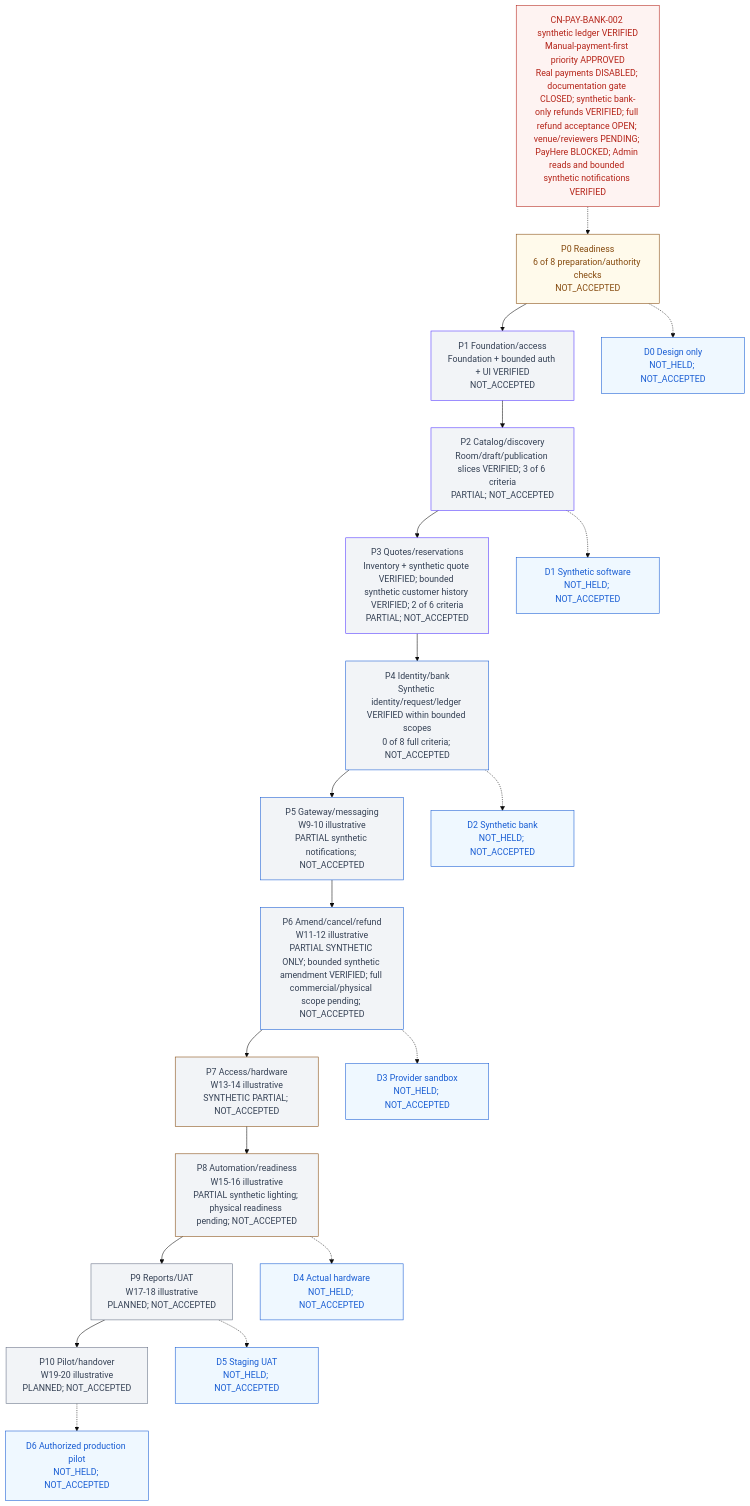
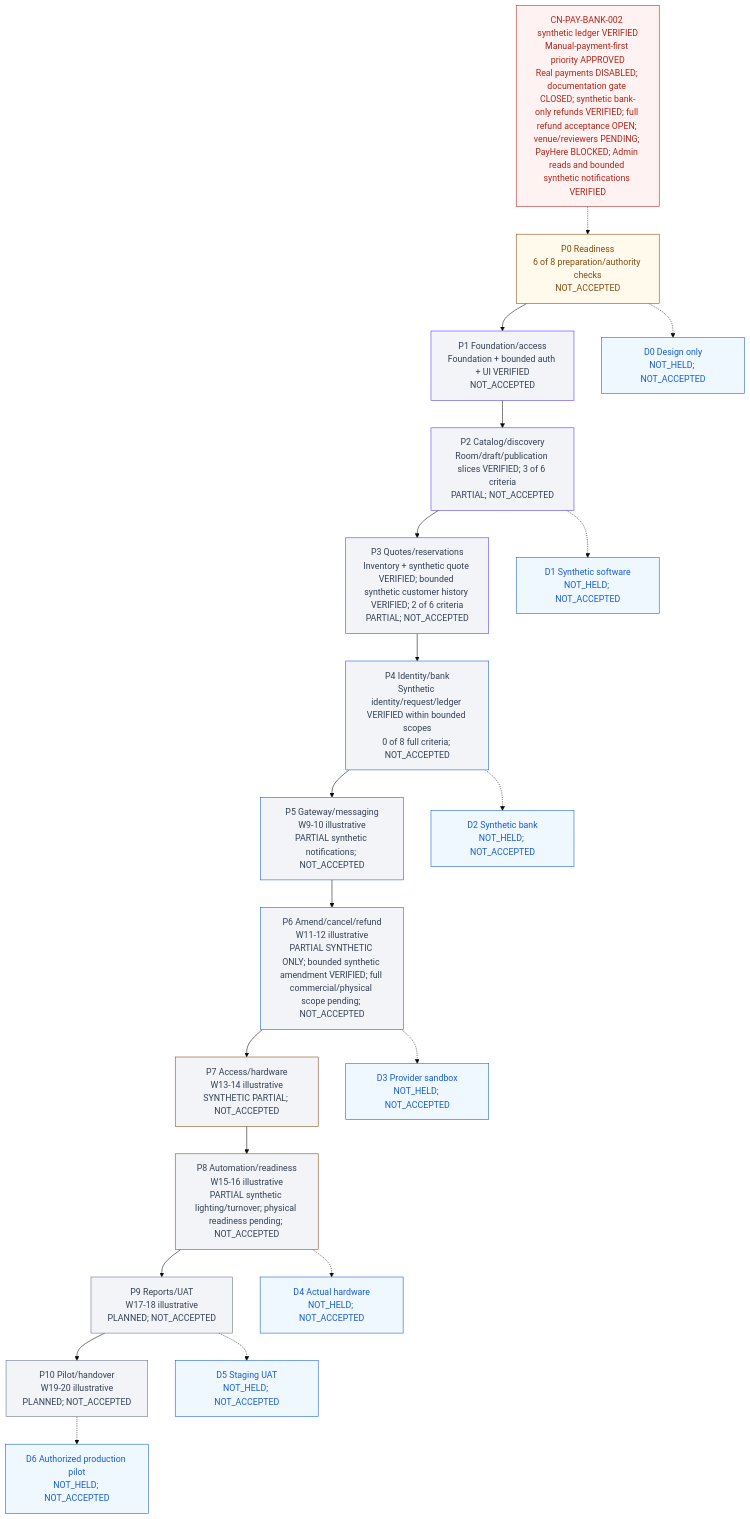
The diagram in knowledge/PROGRESS.md (Hasitha3513/Theater-Project), drawn with Mermaid (base theme) before and after one commit. The commit also changed other lines of this file and 32 other files, not shown here.

Commit message:
feat(rooms): add bounded synthetic turnover workflow

````diff
--- a/knowledge/PROGRESS.md
+++ b/knowledge/PROGRESS.md
@@ -313,45 +313,45 @@
 ```mermaid
 flowchart TB
   G["CN-PAY-BANK-002 synthetic ledger VERIFIED<br/>Manual-payment-first priority APPROVED<br/>Real payments DISABLED; documentation gate CLOSED; synthetic bank-only refunds VERIFIED; full refund acceptance OPEN; venue/reviewers PENDING; PayHere BLOCKED; Admin reads and bounded synthetic notifications VERIFIED"]
   P0["P0 Readiness<br/>6 of 8 preparation/authority checks<br/>NOT_ACCEPTED"]
   P1["P1 Foundation/access<br/>Foundation + bounded auth + UI VERIFIED<br/>NOT_ACCEPTED"]
   P2["P2 Catalog/discovery<br/>Room/draft/publication slices VERIFIED; 3 of 6 criteria<br/>PARTIAL; NOT_ACCEPTED"]
   P3["P3 Quotes/reservations<br/>Inventory + synthetic quote VERIFIED; bounded synthetic customer history VERIFIED; 2 of 6 criteria<br/>PARTIAL; NOT_ACCEPTED"]
   P4["P4 Identity/bank<br/>Synthetic identity/request/ledger VERIFIED within bounded scopes<br/>0 of 8 full criteria; NOT_ACCEPTED"]
   P5["P5 Gateway/messaging<br/>W9-10 illustrative<br/>PARTIAL synthetic notifications; NOT_ACCEPTED"]
   P6["P6 Amend/cancel/refund<br/>W11-12 illustrative<br/>PARTIAL SYNTHETIC ONLY; bounded synthetic amendment VERIFIED; full commercial/physical scope pending; NOT_ACCEPTED"]
   P7["P7 Access/hardware<br/>W13-14 illustrative<br/>SYNTHETIC PARTIAL; NOT_ACCEPTED"]
-  P8["P8 Automation/readiness<br/>W15-16 illustrative<br/>PARTIAL synthetic lighting; physical readiness pending; NOT_ACCEPTED"]
+  P8["P8 Automation/readiness<br/>W15-16 illustrative<br/>PARTIAL synthetic lighting/turnover; physical readiness pending; NOT_ACCEPTED"]
   P9["P9 Reports/UAT<br/>W17-18 illustrative<br/>PLANNED; NOT_ACCEPTED"]
   P10["P10 Pilot/handover<br/>W19-20 illustrative<br/>PLANNED; NOT_ACCEPTED"]
   G -.-> P0
   P0 --> P1 --> P2 --> P3 --> P4 --> P5 --> P6 --> P7 --> P8 --> P9 --> P10
   D0["D0 Design only<br/>NOT_HELD; NOT_ACCEPTED"]
   D1["D1 Synthetic software<br/>NOT_HELD; NOT_ACCEPTED"]
   D2["D2 Synthetic bank<br/>NOT_HELD; NOT_ACCEPTED"]
   D3["D3 Provider sandbox<br/>NOT_HELD; NOT_ACCEPTED"]
   D4["D4 Actual hardware<br/>NOT_HELD; NOT_ACCEPTED"]
   D5["D5 Staging UAT<br/>NOT_HELD; NOT_ACCEPTED"]
   D6["D6 Authorized production pilot<br/>NOT_HELD; NOT_ACCEPTED"]
   P0 -.-> D0
   P2 -.-> D1
   P4 -.-> D2
   P6 -.-> D3
   P8 -.-> D4
   P9 -.-> D5
   P10 -.-> D6
   classDef readiness fill:#FFFAEB,color:#854A0E,stroke:#854A0E;
   classDef foundation fill:#F2F4F7,color:#344054,stroke:#5135FF;
   classDef financial fill:#F2F4F7,color:#344054,stroke:#175CD3;
   classDef physical fill:#F2F4F7,color:#344054,stroke:#854A0E;
   classDef release fill:#F2F4F7,color:#344054,stroke:#667085;
   classDef blocked fill:#FEF3F2,color:#B42318,stroke:#B42318;
   classDef demo fill:#EFF8FF,color:#175CD3,stroke:#175CD3;
   class P0 readiness;
   class P1,P2,P3 foundation;
   class P4,P5,P6 financial;
   class P7,P8 physical;
   class P9,P10 release;
   class G blocked;
   class D0,D1,D2,D3,D4,D5,D6 demo;
 ```
````
